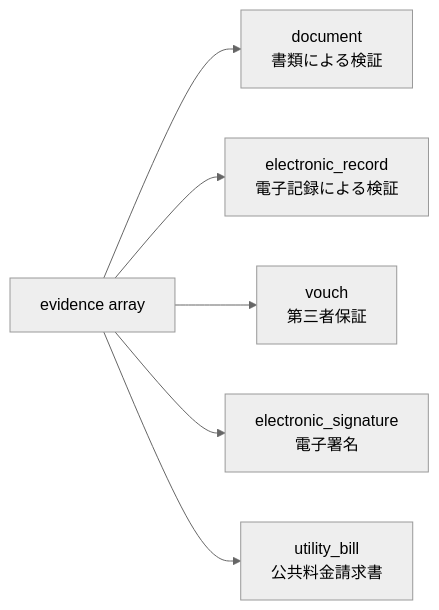
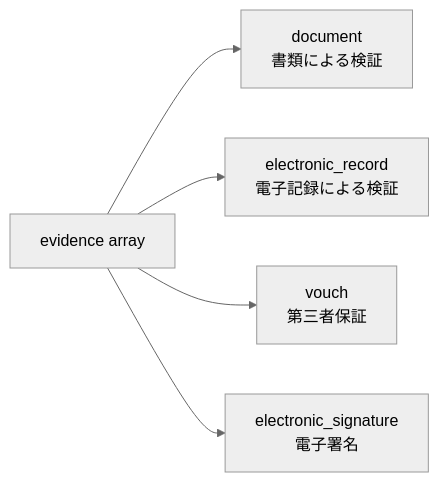
The second of 2 diagrams in docs/specs/openid-connect-4-identity-assurance.md (nbifrye/idbok), drawn with Mermaid (neutral theme) before and after one commit. The commit also changed other lines of this file, not shown here.

````diff
--- a/docs/specs/openid-connect-4-identity-assurance.md
+++ b/docs/specs/openid-connect-4-identity-assurance.md
@@ -132,8 +133,7 @@
 ```mermaid
 flowchart LR
     E[evidence array] --> D[document<br/>書類による検証]
     E --> ER[electronic_record<br/>電子記録による検証]
     E --> V[vouch<br/>第三者保証]
     E --> ES[electronic_signature<br/>電子署名]
-    E --> UB[utility_bill<br/>公共料金請求書]
 ```
````
